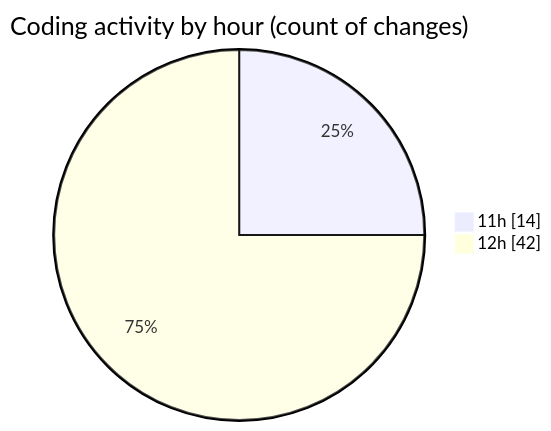
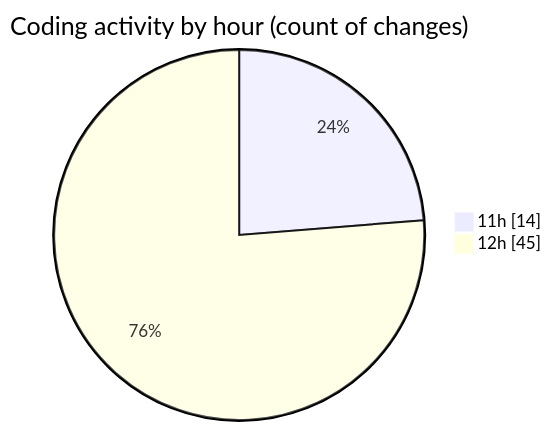
The second of 2 diagrams in 2026-08-24/nxtqube_webapp/README.md (nxtqubesakshisongat/code-tracking), drawn with Mermaid before and after one commit. The commit also changed other lines of this file and 1 other file, not shown here.

````diff
--- a/2026-08-24/nxtqube_webapp/README.md
+++ b/2026-08-24/nxtqube_webapp/README.md
@@ -41,6 +41,6 @@
 ```mermaid
 pie showData
 title Coding activity by hour (count of changes)
 "11h" : 14
-"12h" : 42
+"12h" : 45
 ```
````
